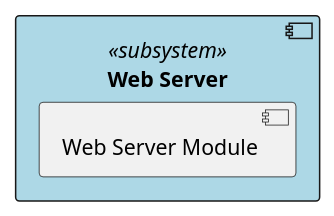
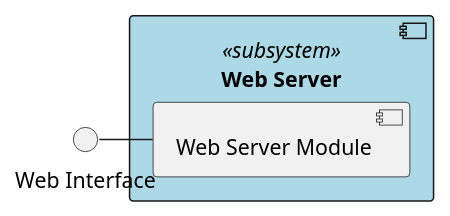
The diagram in _DD/Images/componentDiagrams/componentDiagramWebServer.wsd (Angelo7672/SE2_Requirement-and-Design-Document), drawn with PlantUML before and after one commit. The commit also changed 5 other files, not shown here.

Commit message:
Component Diagram section update

```diff
--- a/_DD/Images/componentDiagrams/componentDiagramWebServer.wsd
+++ b/_DD/Images/componentDiagrams/componentDiagramWebServer.wsd
@@ -1,7 +1,9 @@
 @startuml
 
 component "Web Server" <<subsystem>> #LightBlue{
     component "Web Server Module"
 }
+interface "Web Interface"
+[Web Interface] - [Web Server Module]
 
 @enduml
```
